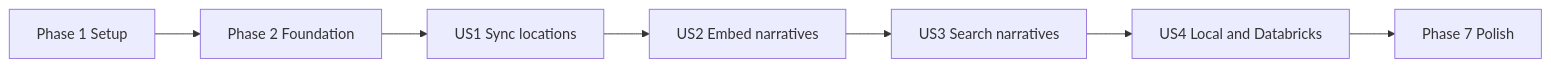
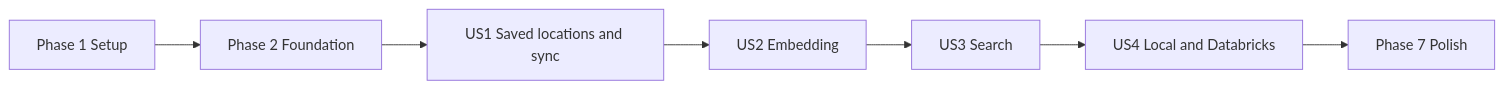
Before and after one commit to jonascotch/databricks-vector-weather-retrieval-system: the diagram in specs/001-weather-vector-search/tasks.md, drawn with Mermaid. The commit also changed other lines of this file and 28 other files, not shown here.

````diff
--- a/specs/001-weather-vector-search/tasks.md
+++ b/specs/001-weather-vector-search/tasks.md
@@ -100,9 +100,9 @@
 ```mermaid
 graph LR
     Setup[Phase 1 Setup] --> Foundation[Phase 2 Foundation]
-    Foundation --> US1[US1 Sync locations]
-    US1 --> US2[US2 Embed narratives]
-    US2 --> US3[US3 Search narratives]
+    Foundation --> US1[US1 Saved locations and sync]
+    US1 --> US2[US2 Embedding]
+    US2 --> US3[US3 Search]
     US3 --> US4[US4 Local and Databricks]
     US4 --> Polish[Phase 7 Polish]
 ```
````
